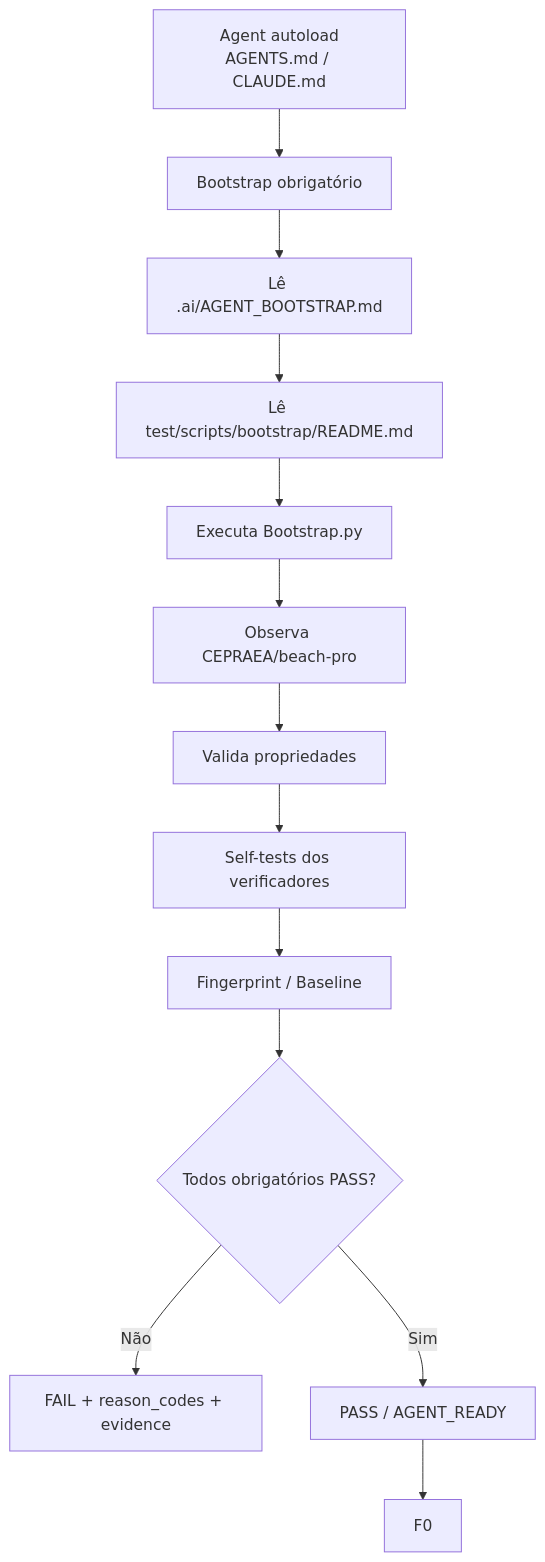
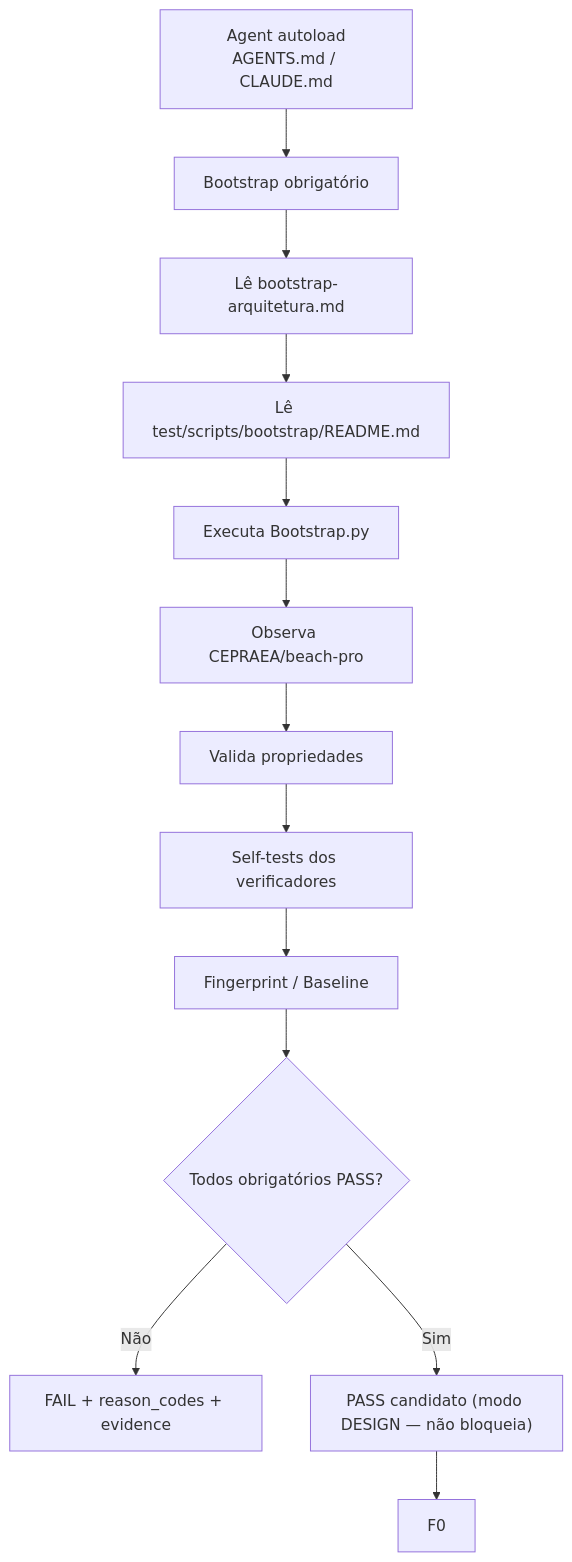
Before and after one commit to cepraea/beach-pro: the seventh of 7 diagrams in test/scripts/bootstrap/README.md, drawn with Mermaid. The commit also changed other lines of this file and 10 other files, not shown here.

````diff
--- a/test/scripts/bootstrap/README.md
+++ b/test/scripts/bootstrap/README.md
@@ -1746,15 +1825,15 @@
 ```mermaid
 flowchart TD
     A["Agent autoload<br/>AGENTS.md / CLAUDE.md"] --> B["Bootstrap obrigatório"]
-    B --> C["Lê .ai/AGENT_BOOTSTRAP.md"]
+    B --> C["Lê bootstrap-arquitetura.md"]
     C --> D["Lê test/scripts/bootstrap/README.md"]
     D --> E["Executa Bootstrap.py"]
     E --> R["Observa CEPRAEA/beach-pro"]
     R --> V["Valida propriedades"]
     V --> S["Self-tests dos verificadores"]
     S --> I["Fingerprint / Baseline"]
     I --> G{"Todos obrigatórios PASS?"}
     G -- "Não" --> F["FAIL + reason_codes + evidence"]
-    G -- "Sim" --> P["PASS / AGENT_READY"]
+    G -- "Sim" --> P["PASS candidato (modo DESIGN — não bloqueia)"]
     P --> F0["F0"]
 ```
````
